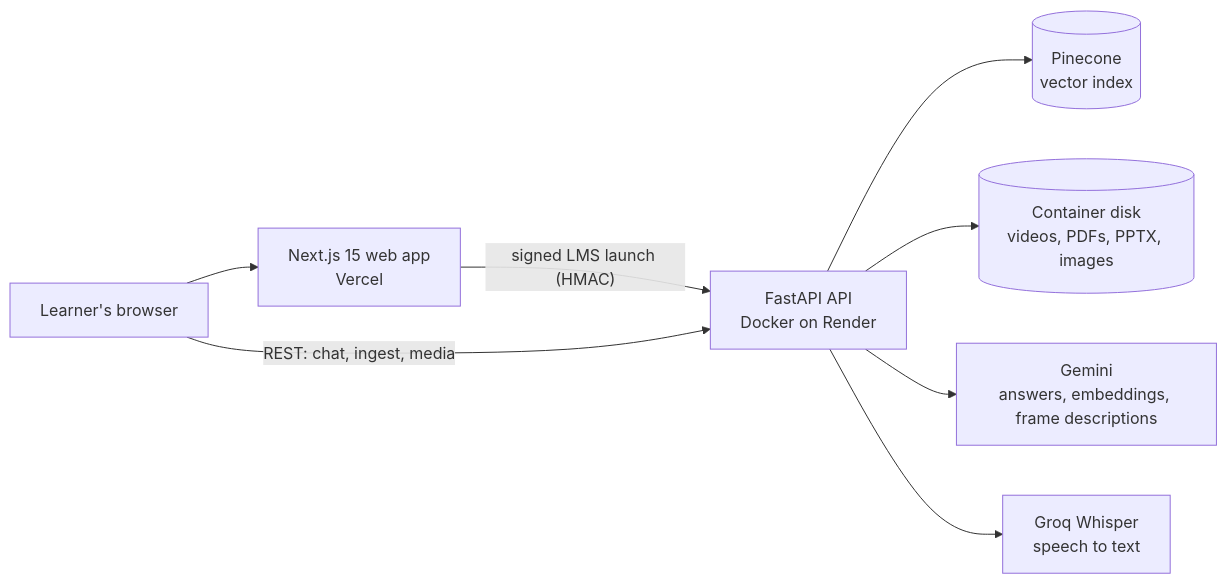
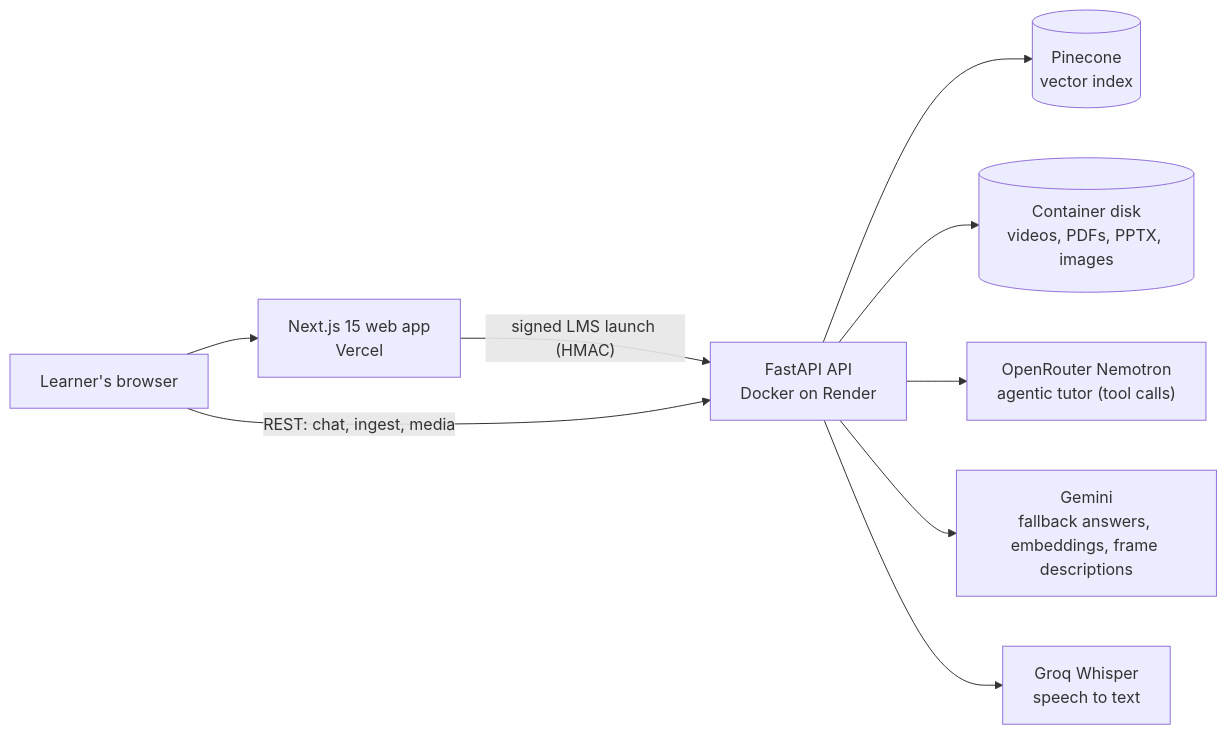
Before and after one commit to Nanu69-batman/ailearn: the diagram in README.md, drawn with Mermaid. The commit also changed other lines of this file and 2 other files, not shown here.

First line of the commit message:
docs: describe the agentic tutor (OpenRouter Nemotron, time-gated tools)

````diff
--- a/README.md
+++ b/README.md
@@ -74,10 +84,11 @@
 ```mermaid
 flowchart LR
   U["Learner's browser"] --> W["Next.js 15 web app<br/>Vercel"]
   W -->|"signed LMS launch (HMAC)"| A
   U -->|"REST: chat, ingest, media"| A["FastAPI API<br/>Docker on Render"]
   A --> V[("Pinecone<br/>vector index")]
   A --> S[("Container disk<br/>videos, PDFs, PPTX, images")]
-  A --> G["Gemini<br/>answers, embeddings, frame descriptions"]
+  A --> O["OpenRouter Nemotron<br/>agentic tutor (tool calls)"]
+  A --> G["Gemini<br/>fallback answers, embeddings, frame descriptions"]
   A --> Q["Groq Whisper<br/>speech to text"]
 ```
````
